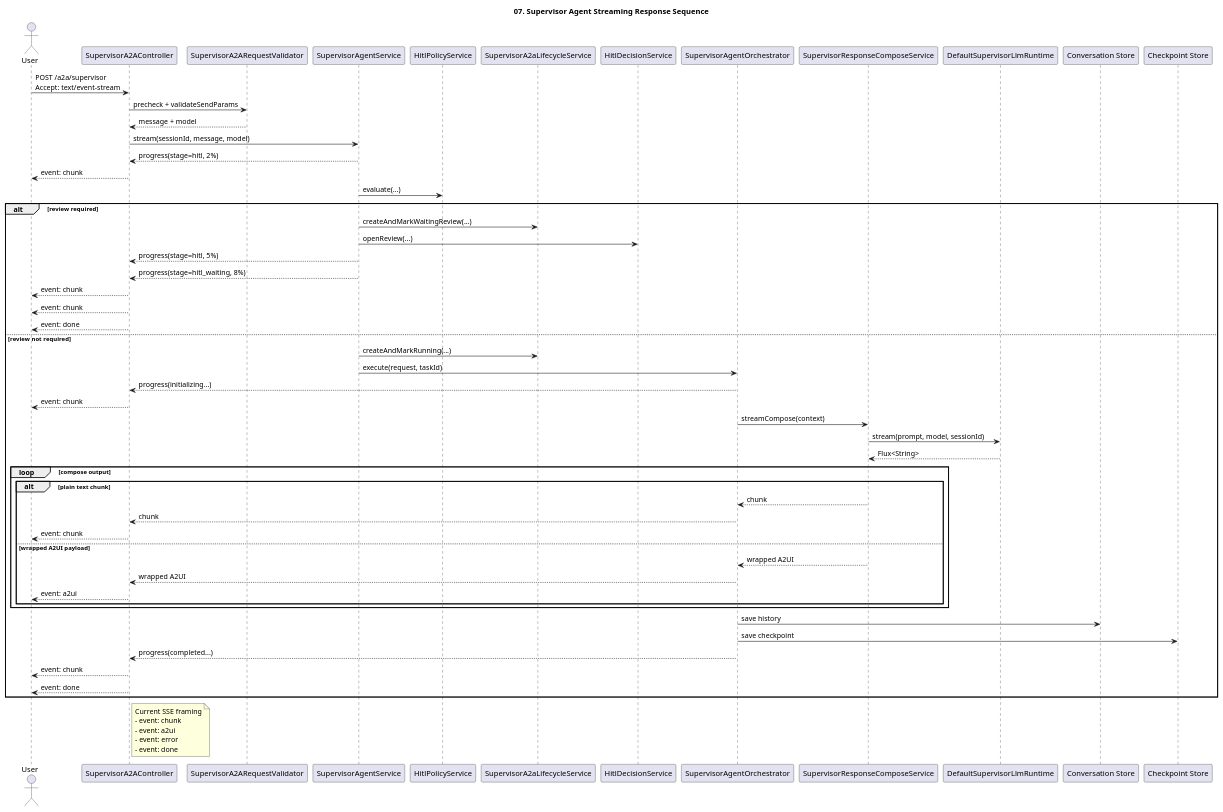
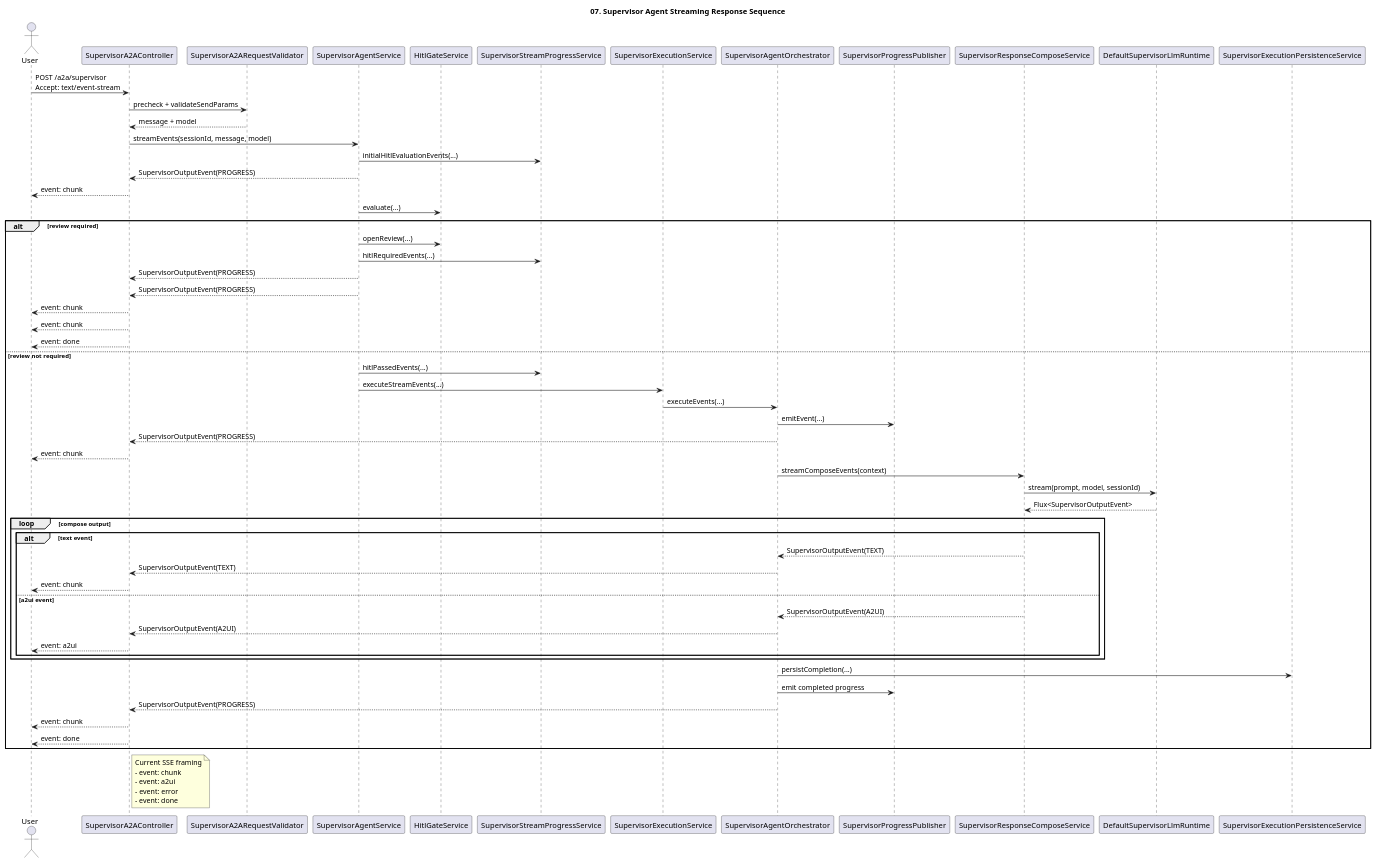
One commit to kim57uak/spring-ai changed the diagram in documents/a2a-host_agent-architecture/07-streaming-response-sequence.puml. Above: the diagram before and after it, drawn with PlantUML. The commit also changed 100 other files, not shown here.

```diff
--- a/documents/a2a-host_agent-architecture/07-streaming-response-sequence.puml
+++ b/documents/a2a-host_agent-architecture/07-streaming-response-sequence.puml
@@ -1,72 +1,75 @@
 @startuml
 !pragma layout smetana
 title 07. Supervisor Agent Streaming Response Sequence
 
 skinparam shadowing false
 
 actor User
 participant "SupervisorA2AController" as Controller
 participant "SupervisorA2ARequestValidator" as Validator
 participant "SupervisorAgentService" as Service
-participant "HitlPolicyService" as HitlPolicy
-participant "SupervisorA2aLifecycleService" as Lifecycle
-participant "HitlDecisionService" as HitlDecision
+participant "HitlGateService" as HitlGate
+participant "SupervisorStreamProgressService" as StreamProgress
+participant "SupervisorExecutionService" as ExecutionService
 participant "SupervisorAgentOrchestrator" as Orchestrator
+participant "SupervisorProgressPublisher" as ProgressPublisher
 participant "SupervisorResponseComposeService" as Composer
 participant "DefaultSupervisorLlmRuntime" as Runtime
-participant "Conversation Store" as ConversationStore
-participant "Checkpoint Store" as CheckpointStore
+participant "SupervisorExecutionPersistenceService" as PersistenceService
 
 User -> Controller : POST /a2a/supervisor\nAccept: text/event-stream
 Controller -> Validator : precheck + validateSendParams
 Validator --> Controller : message + model
-Controller -> Service : stream(sessionId, message, model)
-Service --> Controller : progress(stage=hitl, 2%)
+Controller -> Service : streamEvents(sessionId, message, model)
+Service -> StreamProgress : initialHitlEvaluationEvents(...)
+Service --> Controller : SupervisorOutputEvent(PROGRESS)
 Controller --> User : event: chunk
 
-Service -> HitlPolicy : evaluate(...)
+Service -> HitlGate : evaluate(...)
 alt review required
-  Service -> Lifecycle : createAndMarkWaitingReview(...)
-  Service -> HitlDecision : openReview(...)
-  Service --> Controller : progress(stage=hitl, 5%)
-  Service --> Controller : progress(stage=hitl_waiting, 8%)
+  Service -> HitlGate : openReview(...)
+  Service -> StreamProgress : hitlRequiredEvents(...)
+  Service --> Controller : SupervisorOutputEvent(PROGRESS)
+  Service --> Controller : SupervisorOutputEvent(PROGRESS)
   Controller --> User : event: chunk
   Controller --> User : event: chunk
   Controller --> User : event: done
 else review not required
-  Service -> Lifecycle : createAndMarkRunning(...)
-  Service -> Orchestrator : execute(request, taskId)
-  Orchestrator --> Controller : progress(initializing...)
+  Service -> StreamProgress : hitlPassedEvents(...)
+  Service -> ExecutionService : executeStreamEvents(...)
+  ExecutionService -> Orchestrator : executeEvents(...)
+  Orchestrator -> ProgressPublisher : emitEvent(...)
+  Orchestrator --> Controller : SupervisorOutputEvent(PROGRESS)
   Controller --> User : event: chunk
 
-  Orchestrator -> Composer : streamCompose(context)
+  Orchestrator -> Composer : streamComposeEvents(context)
   Composer -> Runtime : stream(prompt, model, sessionId)
-  Runtime --> Composer : Flux<String>
+  Runtime --> Composer : Flux<SupervisorOutputEvent>
 
   loop compose output
-    alt plain text chunk
-      Composer --> Orchestrator : chunk
-      Orchestrator --> Controller : chunk
+    alt text event
+      Composer --> Orchestrator : SupervisorOutputEvent(TEXT)
+      Orchestrator --> Controller : SupervisorOutputEvent(TEXT)
       Controller --> User : event: chunk
-    else wrapped A2UI payload
-      Composer --> Orchestrator : wrapped A2UI
-      Orchestrator --> Controller : wrapped A2UI
+    else a2ui event
+      Composer --> Orchestrator : SupervisorOutputEvent(A2UI)
+      Orchestrator --> Controller : SupervisorOutputEvent(A2UI)
       Controller --> User : event: a2ui
     end
   end
 
-  Orchestrator -> ConversationStore : save history
-  Orchestrator -> CheckpointStore : save checkpoint
-  Orchestrator --> Controller : progress(completed...)
+  Orchestrator -> PersistenceService : persistCompletion(...)
+  Orchestrator -> ProgressPublisher : emit completed progress
+  Orchestrator --> Controller : SupervisorOutputEvent(PROGRESS)
   Controller --> User : event: chunk
   Controller --> User : event: done
 end
 
 note right of Controller
 Current SSE framing
 - event: chunk
 - event: a2ui
 - event: error
 - event: done
 end note
 @enduml
```
